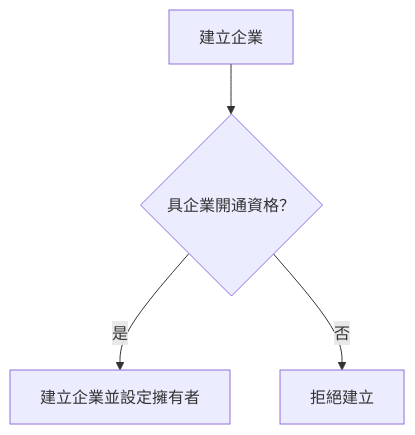
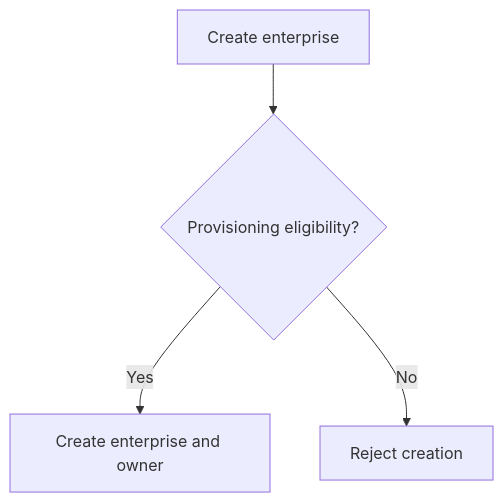
Before and after one commit to 963sup/line-mini-app-bot: the diagram in docs/domains/enterprise/README.md, drawn with Mermaid. The commit also changed other lines of this file and 341 other files, not shown here.

````diff
--- a/docs/domains/enterprise/README.md
+++ b/docs/domains/enterprise/README.md
@@ -25,6 +31,6 @@
 ```mermaid
 flowchart TD
-    start["建立企業"] --> gate{"具企業開通資格？"}
-    gate -->|是| ok["建立企業並設定擁有者"]
-    gate -->|否| stop["拒絕建立"]
+    start["Create enterprise"] --> gate{"Provisioning eligibility?"}
+    gate -->|Yes| ok["Create enterprise and owner"]
+    gate -->|No| stop["Reject creation"]
 ```
````
